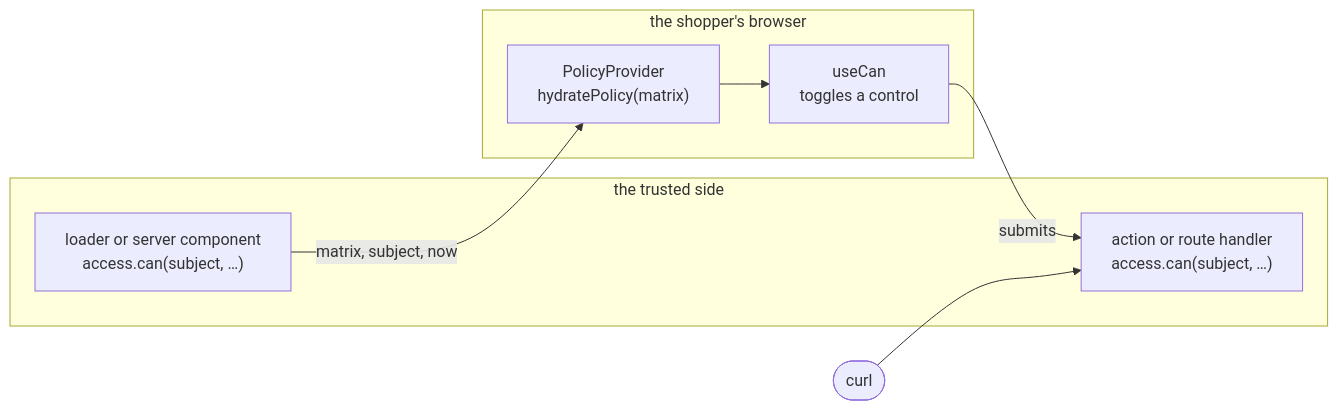
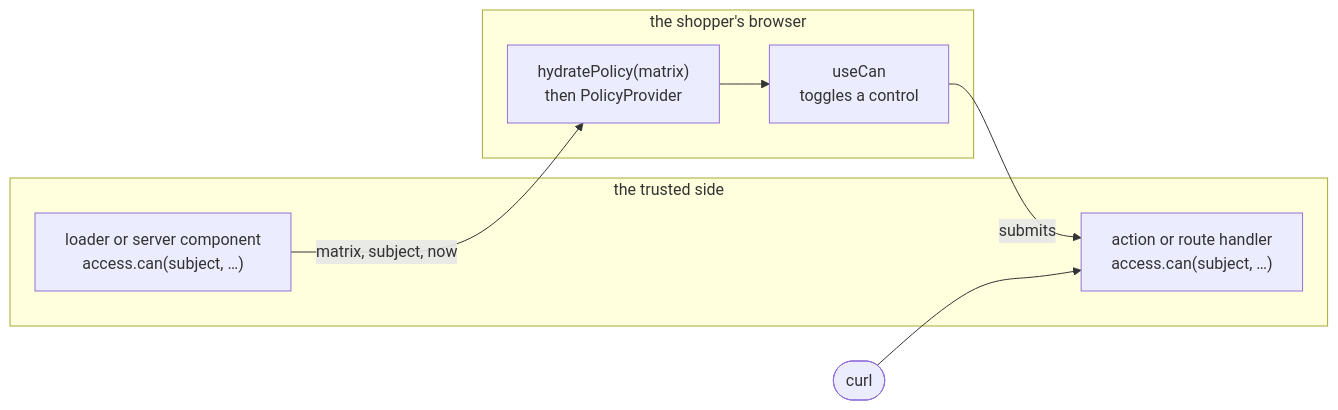
Before and after one commit to Evanion/libraries: the diagram in apps/docs/content/react-acl/boundary.mdx, drawn with Mermaid. The commit also changed other lines of this file and 4 other files, not shown here.

````diff
--- a/apps/docs/content/react-acl/boundary.mdx
+++ b/apps/docs/content/react-acl/boundary.mdx
@@ -118,15 +120,15 @@
 ```mermaid caption="The trusted side decides and renders the matrix, the subject and the instant into the page. The browser rebuilds an evaluator with hydratePolicy, and its hooks only toggle controls. The action or route handler decides again for itself, and a caller reaches that handler without rendering anything."
 flowchart LR
   subgraph trusted["the trusted side"]
     L["loader or server component<br>access.can(subject, …)"]
     H["action or route handler<br>access.can(subject, …)"]:::accent
   end
   subgraph client["the shopper's browser"]
-    P["PolicyProvider<br>hydratePolicy(matrix)"]
+    P["hydratePolicy(matrix)<br>then PolicyProvider"]
     C["useCan<br>toggles a control"]
   end
   L -- "matrix, subject, now" --> P
   P --> C
   C -- "submits" --> H
   X(["curl"]) --> H
 ```
````
